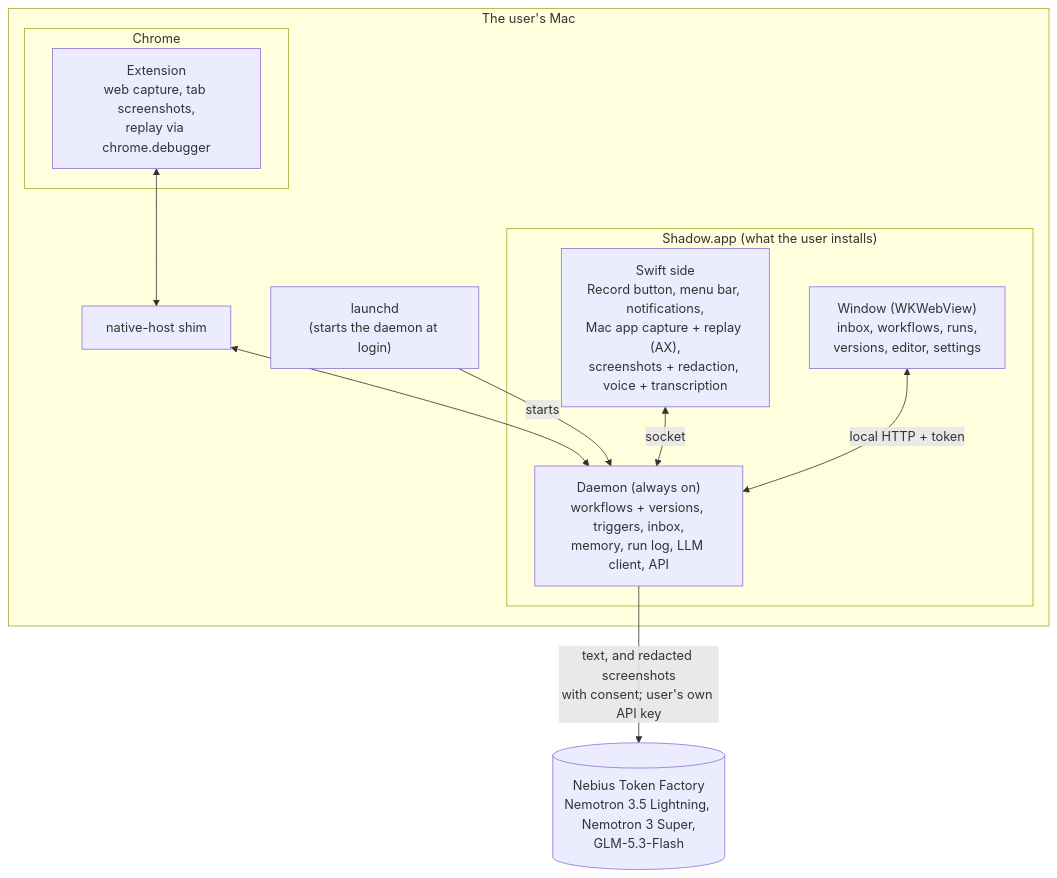
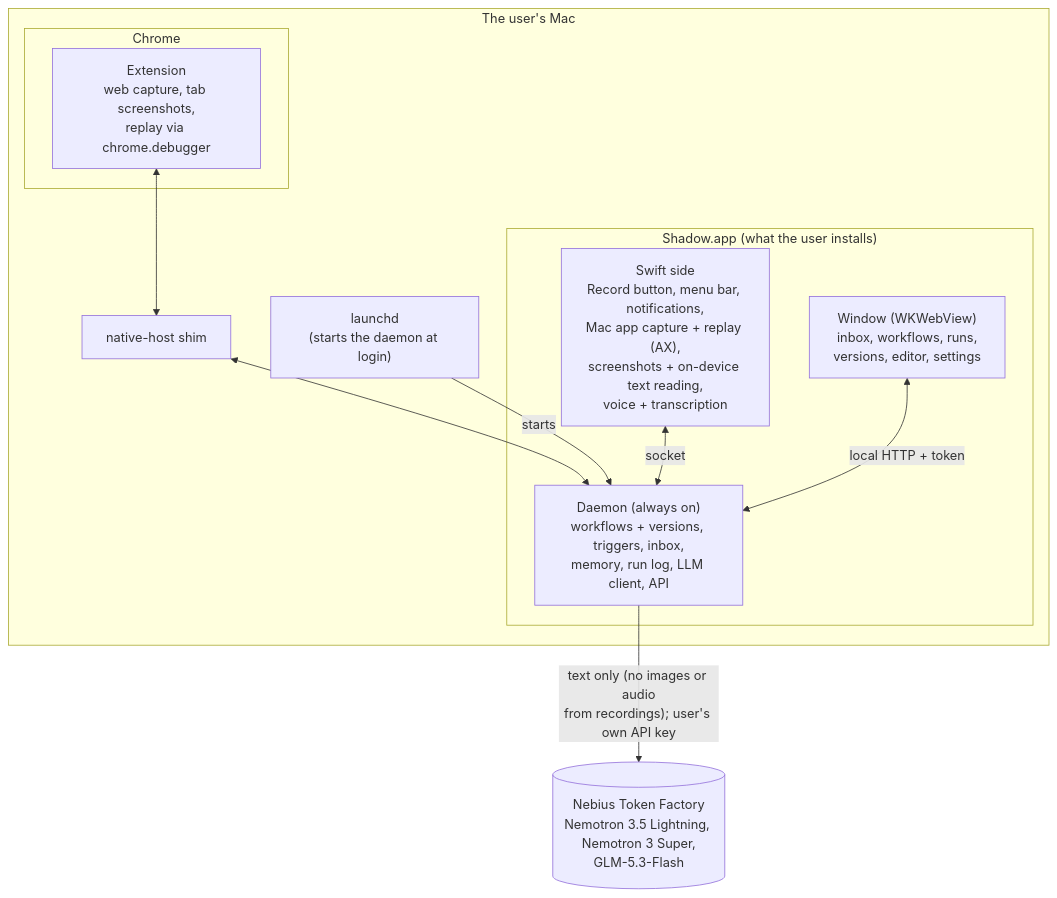
One commit to Akshat-Soni02/nxn-global-ai-hackathon-personal-agent changed the fourth of 4 diagrams in docs/design.md. Above: the diagram before and after it, drawn with Mermaid. The commit also changed other lines of this file and 24 other files, not shown here.

First line of the commit message:
docs: record-side decisions, plain guide, old pages to history

````diff
--- a/docs/design.md
+++ b/docs/design.md
@@ -385,21 +405,21 @@
 ```mermaid
 flowchart TB
   subgraph mac["The user's Mac"]
     L["launchd<br/>(starts the daemon at login)"]
     subgraph app["Shadow.app (what the user installs)"]
       D["Daemon (always on)<br/>workflows + versions, triggers, inbox,<br/>memory, run log, LLM client, API"]
-      A["Swift side<br/>Record button, menu bar, notifications,<br/>Mac app capture + replay (AX),<br/>screenshots + redaction, voice + transcription"]
+      A["Swift side<br/>Record button, menu bar, notifications,<br/>Mac app capture + replay (AX),<br/>screenshots + on-device text reading,<br/>voice + transcription"]
       W["Window (WKWebView)<br/>inbox, workflows, runs,<br/>versions, editor, settings"]
     end
     subgraph chrome["Chrome"]
       X["Extension<br/>web capture, tab screenshots,<br/>replay via chrome.debugger"]
     end
     S["native-host shim"]
   end
   N[("Nebius Token Factory<br/>Nemotron 3.5 Lightning, Nemotron 3 Super,<br/>GLM-5.3-Flash")]
   X <--> S <--> D
   L -- starts --> D
   A <-- socket --> D
   W <-- "local HTTP + token" --> D
-  D -- "text, and redacted screenshots<br/>with consent; user's own API key" --> N
+  D -- "text only (no images or audio<br/>from recordings); user's own API key" --> N
 ```
````
